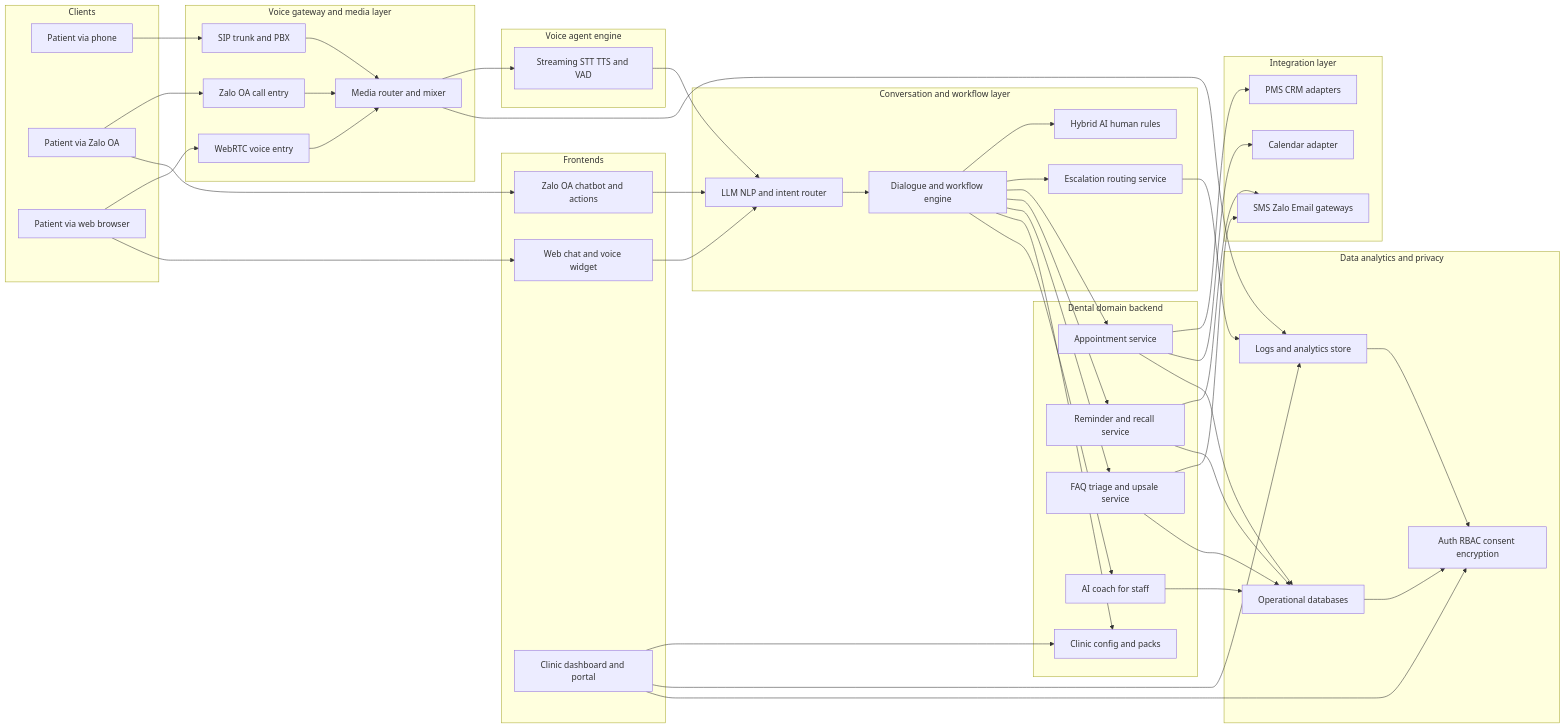
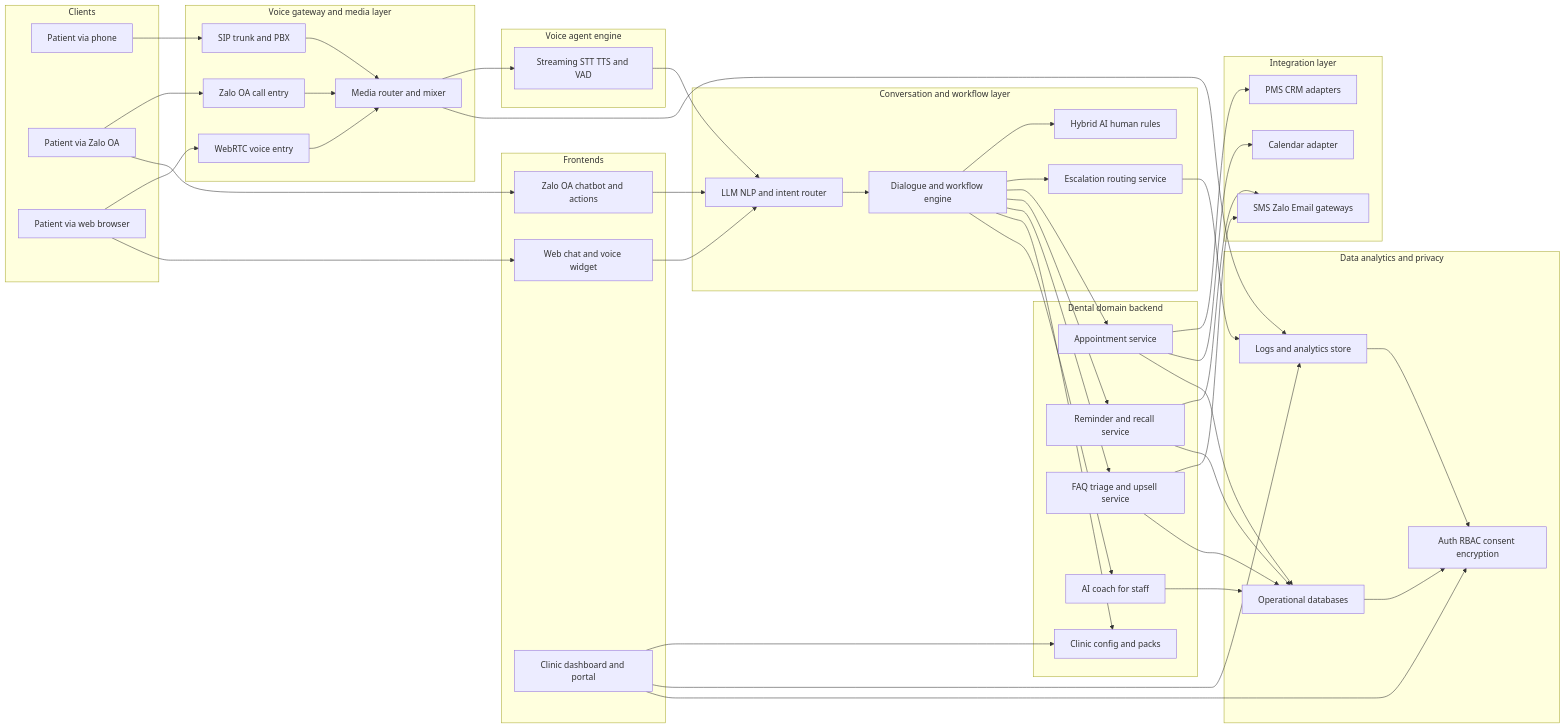
One commit to anhttmle/CAIO changed the diagram in NuiTruc/voicebot-inbound/design.md. Above: the diagram before and after it, drawn with Mermaid. The commit also changed other lines of this file, not shown here.

```diff
--- a/NuiTruc/voicebot-inbound/design.md
+++ b/NuiTruc/voicebot-inbound/design.md
@@ -35,7 +35,7 @@
   subgraph Domain[Dental domain backend]
     D_apt[Appointment service]
     D_rem[Reminder and recall service]
-    D_faq[FAQ triage and upsale service]
+    D_faq[FAQ triage and upsell service]
     D_coach[AI coach for staff]
     D_cfg[Clinic config and packs]
   end
```
